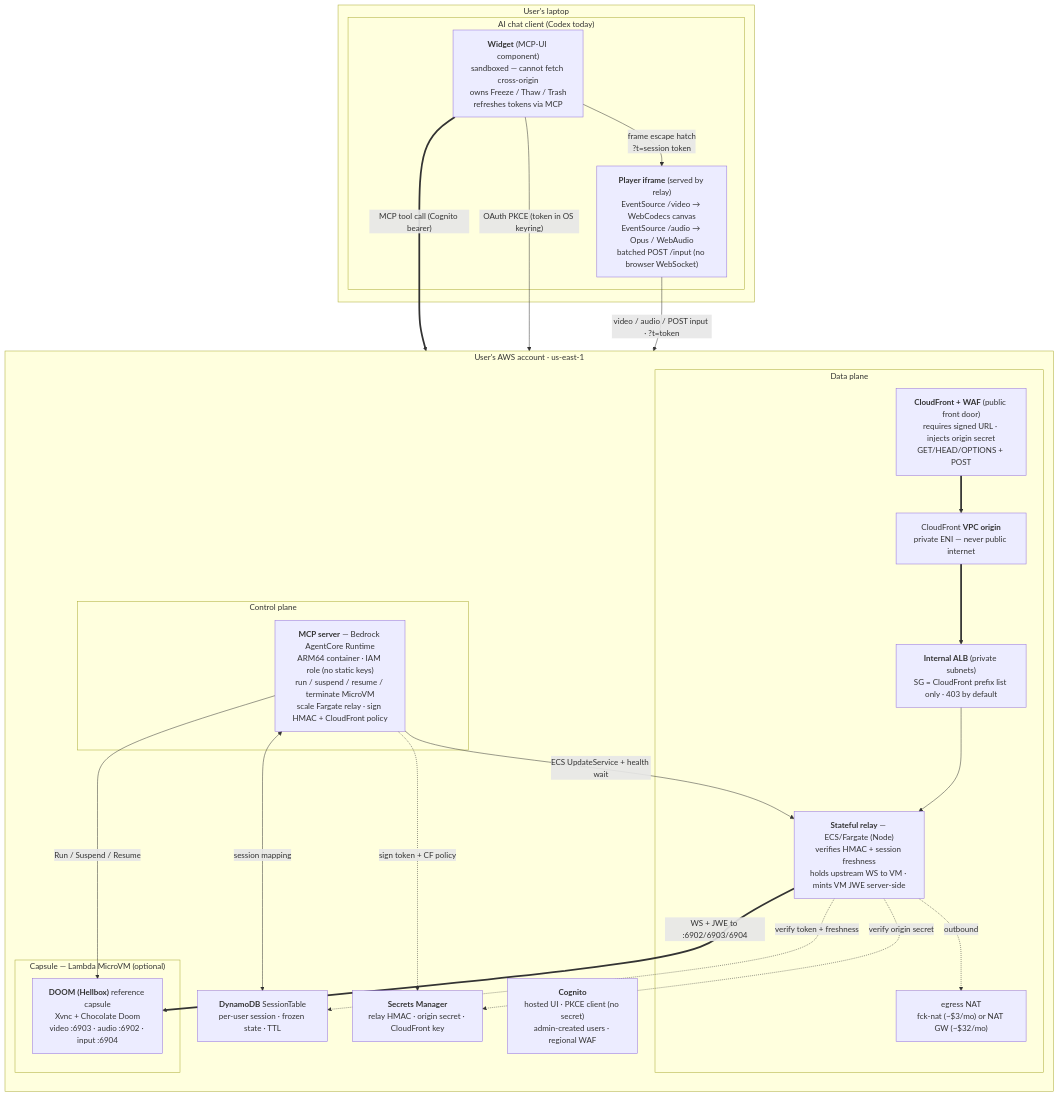
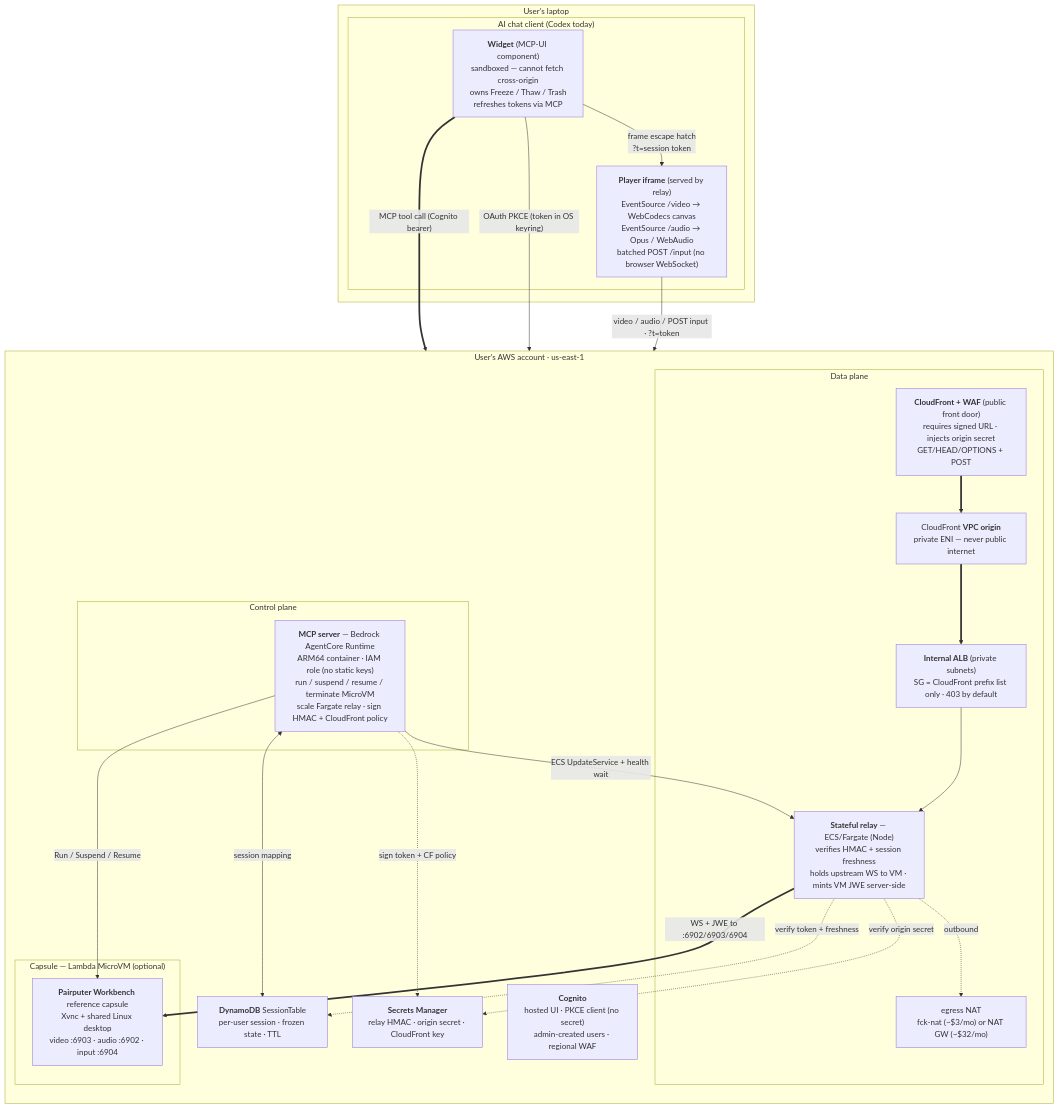
The first of 2 diagrams in docs/architecture.md (somoore/pairputer-on-aws), drawn with Mermaid before and after one commit. The commit also changed other lines of this file and 6 other files, not shown here.

First line of the commit message:
docs: scrub DOOM/Hellbox from README + public docs; Workbench-first everywhere

````diff
--- a/docs/architecture.md
+++ b/docs/architecture.md
@@ -18,47 +18,47 @@
 ```mermaid
 flowchart TB
     subgraph laptop["User's laptop"]
         subgraph codex["AI chat client (Codex today)"]
             widget["<b>Widget</b> (MCP-UI component)<br/>sandboxed — cannot fetch cross-origin<br/>owns Freeze / Thaw / Trash<br/>refreshes tokens via MCP"]
             player["<b>Player iframe</b> (served by relay)<br/>EventSource /video → WebCodecs canvas<br/>EventSource /audio → Opus / WebAudio<br/>batched POST /input (no browser WebSocket)"]
             widget -- "frame escape hatch<br/>?t=session token" --> player
         end
     end
 
     subgraph acct["User's AWS account · us-east-1"]
         direction TB
         pool["<b>Cognito</b><br/>hosted UI · PKCE client (no secret)<br/>admin-created users · regional WAF"]
 
         subgraph ctrl["Control plane"]
             server["<b>MCP server</b> — Bedrock AgentCore Runtime<br/>ARM64 container · IAM role (no static keys)<br/>run / suspend / resume / terminate MicroVM<br/>scale Fargate relay · sign HMAC + CloudFront policy"]
         end
 
         sessions["<b>DynamoDB</b> SessionTable<br/>per-user session · frozen state · TTL"]
         secrets["<b>Secrets Manager</b><br/>relay HMAC · origin secret · CloudFront key"]
 
         subgraph data["Data plane"]
             cf["<b>CloudFront + WAF</b> (public front door)<br/>requires signed URL · injects origin secret<br/>GET/HEAD/OPTIONS + POST"]
             vo["CloudFront <b>VPC origin</b><br/>private ENI — never public internet"]
             alb["<b>Internal ALB</b> (private subnets)<br/>SG = CloudFront prefix list only · 403 by default"]
             relay["<b>Stateful relay</b> — ECS/Fargate (Node)<br/>verifies HMAC + session freshness<br/>holds upstream WS to VM · mints VM JWE server-side"]
             nat["egress NAT<br/>fck-nat (~$3/mo) or NAT GW (~$32/mo)"]
         end
 
         subgraph capsule["Capsule — Lambda MicroVM (optional)"]
-            vm["<b>DOOM (Hellbox)</b> reference capsule<br/>Xvnc + Chocolate Doom<br/>video :6903 · audio :6902 · input :6904"]
+            vm["<b>Pairputer Workbench</b> reference capsule<br/>Xvnc + shared Linux desktop<br/>video :6903 · audio :6902 · input :6904"]
         end
     end
 
     widget == "MCP tool call (Cognito bearer)" ==> server
     widget -- "OAuth PKCE (token in OS keyring)" --> pool
     server -- "Run / Suspend / Resume" --> vm
     server -- "ECS UpdateService + health wait" --> relay
     server <-- "session mapping" --> sessions
     server -. "sign token + CF policy" .-> secrets
     player -- "video / audio / POST input · ?t=token" --> cf
     cf ==> vo ==> alb --> relay
     relay -. "verify token + freshness" .-> sessions
     relay -. "verify origin secret" .-> secrets
     relay == "WS + JWE to :6902/6903/6904" ==> vm
     relay -. "outbound" .-> nat
 ```
````
